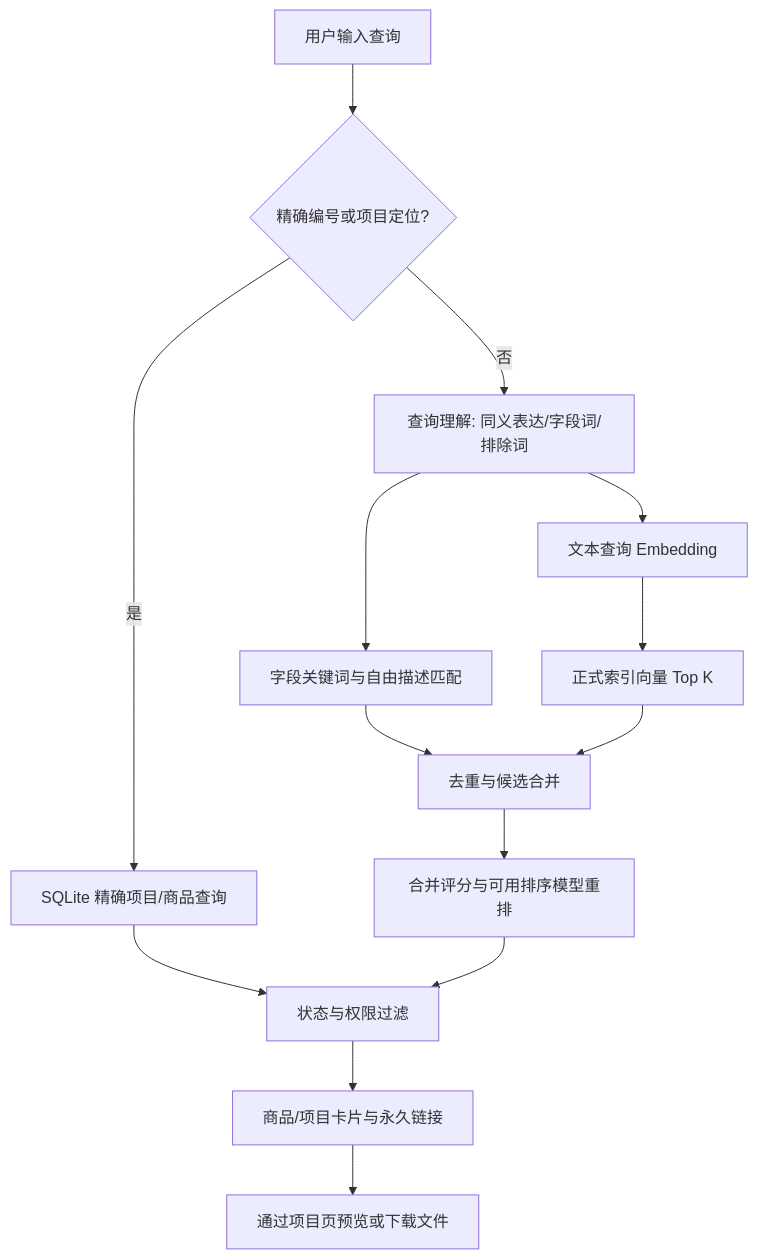
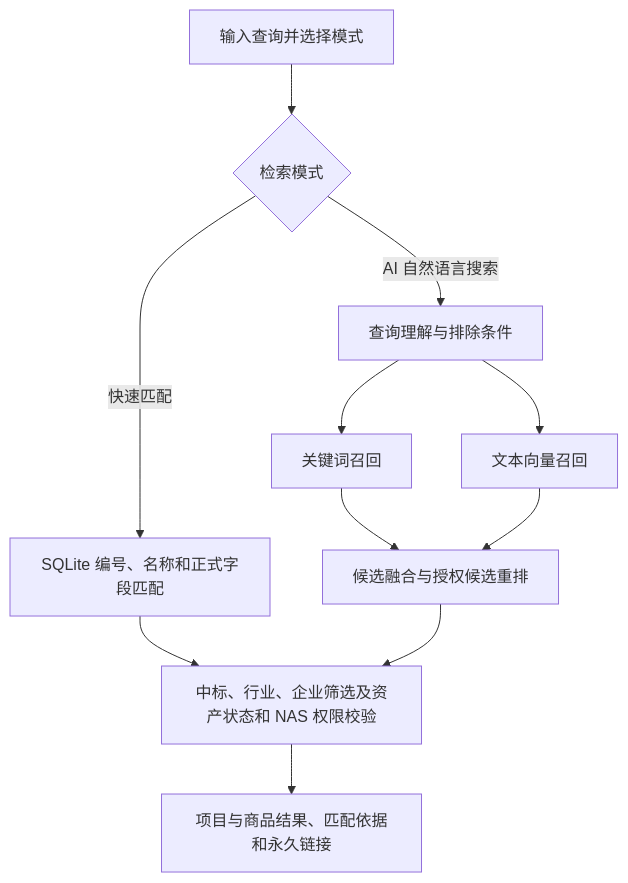
The diagram in docs/04-检索方案.md (OmNell/AI-for-Design-Assets), drawn with Mermaid before and after one commit. The commit also changed other lines of this file and 17 other files, not shown here.

````diff
--- a/docs/04-检索方案.md
+++ b/docs/04-检索方案.md
@@ -37,16 +37,13 @@
 ```mermaid
 flowchart TD
-    A[用户输入查询] --> B{精确编号或项目定位?}
-    B -->|是| C[SQLite 精确项目/商品查询]
-    B -->|否| D[查询理解: 同义表达/字段词/排除词]
-    D --> E[字段关键词与自由描述匹配]
-    D --> F[文本查询 Embedding]
-    F --> G[正式索引向量 Top K]
-    E --> H[去重与候选合并]
+    A[输入查询并选择模式] --> B{检索模式}
+    B -->|快速匹配| C[SQLite 编号、名称和正式字段匹配]
+    B -->|AI 自然语言搜索| D[查询理解与排除条件]
+    D --> E[关键词召回]
+    D --> F[文本向量召回]
+    E --> G[候选融合与授权候选重排]
+    F --> G
+    C --> H[中标、行业、企业筛选及资产状态和 NAS 权限校验]
     G --> H
-    C --> I[状态与权限过滤]
-    H --> J[合并评分与可用排序模型重排]
-    J --> I
-    I --> K[商品/项目卡片与永久链接]
-    K --> L[通过项目页预览或下载文件]
+    H --> I[项目与商品结果、匹配依据和永久链接]
 ```
````
